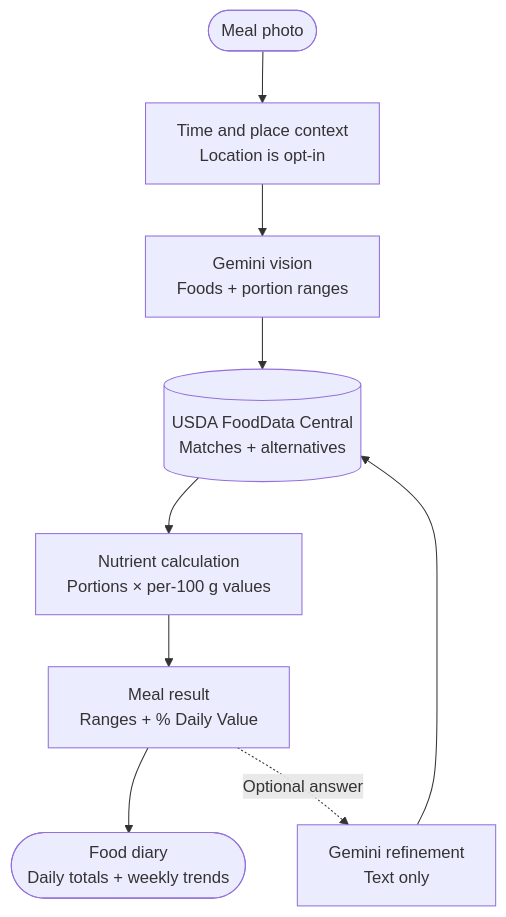
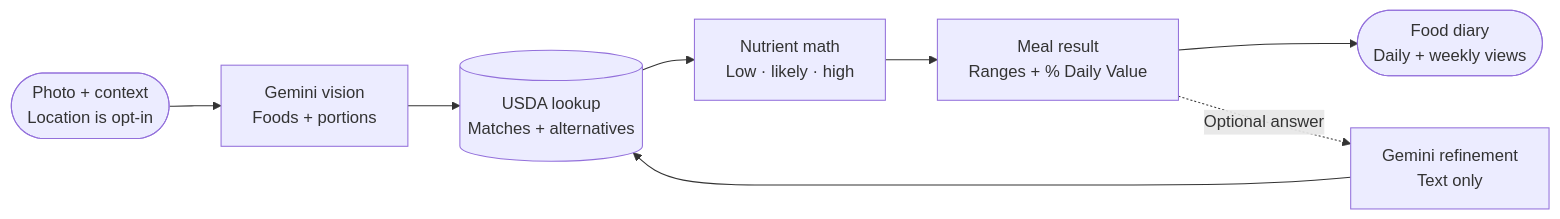
The diagram in README.md (hershey-harsh/HackUmass-26-MealScholar), drawn with Mermaid before and after one commit. The commit also changed other lines of this file, not shown here.

````diff
--- a/README.md
+++ b/README.md
@@ -44,11 +60,10 @@
 ```mermaid
-flowchart TD
-    Photo(["Meal photo"]) --> Context["Time and place context<br/>Location is opt-in"]
-    Context --> Vision["Gemini vision<br/>Foods + portion ranges"]
-    Vision --> USDA[("USDA FoodData Central<br/>Matches + alternatives")]
-    USDA --> Math["Nutrient calculation<br/>Portions × per-100 g values"]
+flowchart LR
+    Photo(["Photo + context<br/>Location is opt-in"]) --> Vision["Gemini vision<br/>Foods + portions"]
+    Vision --> USDA[("USDA lookup<br/>Matches + alternatives")]
+    USDA --> Math["Nutrient math<br/>Low · likely · high"]
     Math --> Result["Meal result<br/>Ranges + % Daily Value"]
-    Result --> Diary(["Food diary<br/>Daily totals + weekly trends"])
+    Result --> Diary(["Food diary<br/>Daily + weekly views"])
     Result -.->|Optional answer| Refine["Gemini refinement<br/>Text only"]
     Refine --> USDA
 ```
````
